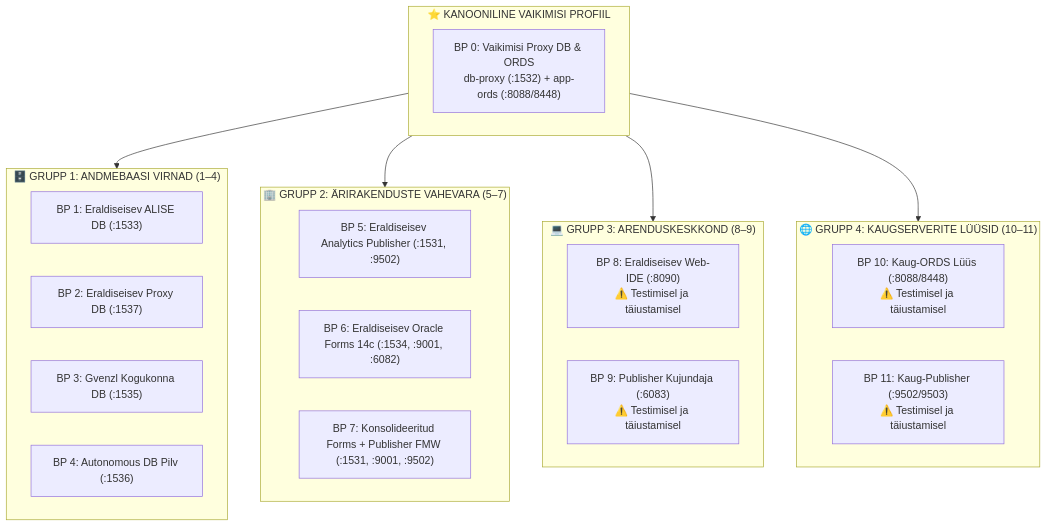
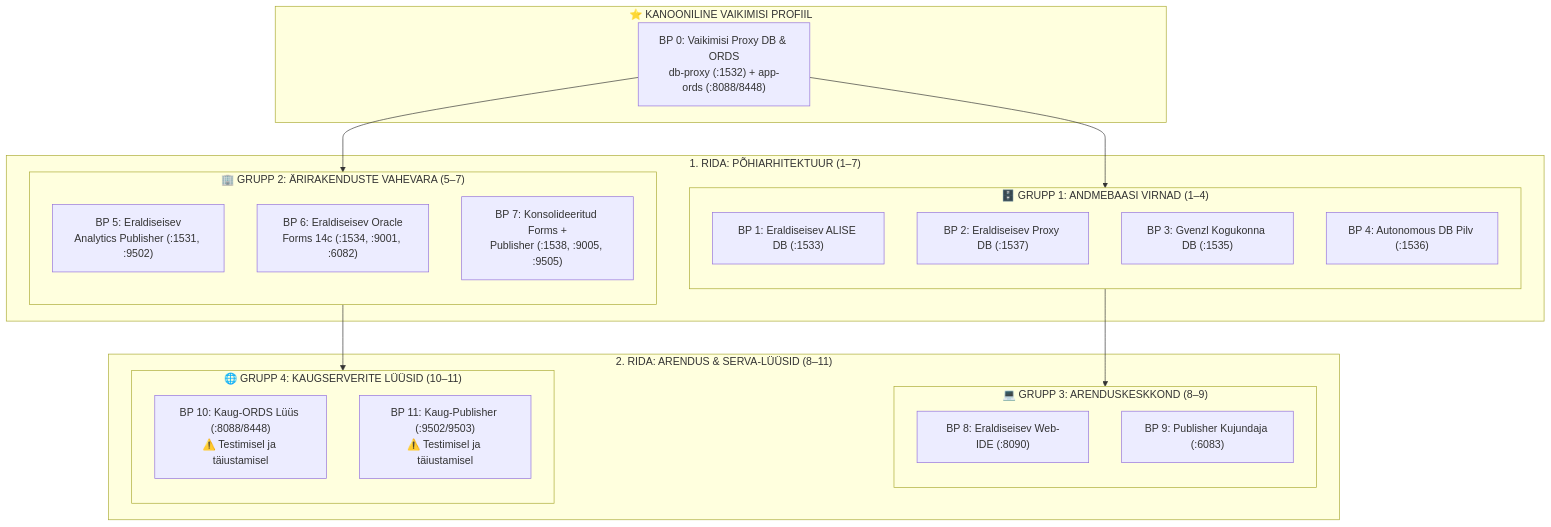
Before and after one commit to alahe/oracle-devops-platform: the diagram in config/blueprints/README.et.md, drawn with Mermaid. The commit also changed other lines of this file and 412 other files, not shown here.

````diff
--- a/config/blueprints/README.et.md
+++ b/config/blueprints/README.et.md
@@ -7,34 +7,42 @@
 ```mermaid
 flowchart TD
     subgraph Default ["⭐ KANOONILINE VAIKIMISI PROFIIL"]
         BP0["BP 0: Vaikimisi Proxy DB & ORDS<br/>db-proxy (:1532) + app-ords (:8088/8448)"]
     end
 
-    subgraph DatabaseStacks ["🗄️ GRUPP 1: ANDMEBAASI VIRNAD (1–4)"]
-        BP1["BP 1: Eraldiseisev ALISE DB (:1533)"]
-        BP2["BP 2: Eraldiseisev Proxy DB (:1537)"]
-        BP3["BP 3: Gvenzl Kogukonna DB (:1535)"]
-        BP4["BP 4: Autonomous DB Pilv (:1536)"]
+    subgraph Tier1 ["1. RIDA: PÕHIARHITEKTUUR (1–7)"]
+        subgraph DatabaseStacks ["🗄️ GRUPP 1: ANDMEBAASI VIRNAD (1–4)"]
+            direction TB
+            BP1["BP 1: Eraldiseisev ALISE DB (:1533)"]
+            BP2["BP 2: Eraldiseisev Proxy DB (:1537)"]
+            BP3["BP 3: Gvenzl Kogukonna DB (:1535)"]
+            BP4["BP 4: Autonomous DB Pilv (:1536)"]
+        end
+
+        subgraph Middleware ["🏢 GRUPP 2: ÄRIRAKENDUSTE VAHEVARA (5–7)"]
+            direction TB
+            BP5["BP 5: Eraldiseisev<br/>Analytics Publisher (:1531, :9502)"]
+            BP6["BP 6: Eraldiseisev Oracle<br/>Forms 14c (:1534, :9001, :6082)"]
+            BP7["BP 7: Konsolideeritud Forms +<br/>Publisher (:1538, :9005, :9505)"]
+        end
     end
 
-    subgraph Middleware ["🏢 GRUPP 2: ÄRIRAKENDUSTE VAHEVARA (5–7)"]
-        BP5["BP 5: Eraldiseisev Analytics Publisher (:1531, :9502)"]
-        BP6["BP 6: Eraldiseisev Oracle Forms 14c (:1534, :9001, :6082)"]
-        BP7["BP 7: Konsolideeritud Forms + Publisher FMW (:1531, :9001, :9502)"]
+    subgraph Tier2 ["2. RIDA: ARENDUS & SERVA-LÜÜSID (8–11)"]
+        subgraph DeveloperStudio ["💻 GRUPP 3: ARENDUSKESKKOND (8–9)"]
+            direction TB
+            BP8["BP 8: Eraldiseisev Web-IDE (:8090)"]
+            BP9["BP 9: Publisher Kujundaja (:6083)"]
+        end
+
+        subgraph RemoteGateways ["🌐 GRUPP 4: KAUGSERVERITE LÜÜSID (10–11)"]
+            direction TB
+            BP10["BP 10: Kaug-ORDS Lüüs (:8088/8448)<br/>⚠️ Testimisel ja täiustamisel"]
+            BP11["BP 11: Kaug-Publisher (:9502/9503)<br/>⚠️ Testimisel ja täiustamisel"]
+        end
     end
 
-    subgraph DeveloperStudio ["💻 GRUPP 3: ARENDUSKESKKOND (8–9)"]
-        BP8["BP 8: Eraldiseisev Web-IDE (:8090)<br/>⚠️ Testimisel ja täiustamisel"]
-        BP9["BP 9: Publisher Kujundaja (:6083)<br/>⚠️ Testimisel ja täiustamisel"]
-    end
-
-    subgraph RemoteGateways ["🌐 GRUPP 4: KAUGSERVERITE LÜÜSID (10–11)"]
-        BP10["BP 10: Kaug-ORDS Lüüs (:8088/8448)<br/>⚠️ Testimisel ja täiustamisel"]
-        BP11["BP 11: Kaug-Publisher (:9502/9503)<br/>⚠️ Testimisel ja täiustamisel"]
-    end
-
-    Default --> DatabaseStacks
-    Default --> Middleware
-    Default --> DeveloperStudio
-    Default --> RemoteGateways
+    BP0 --> BP1
+    BP0 --> BP5
+    BP1 --> BP8
+    BP5 --> BP10
 ```
````
